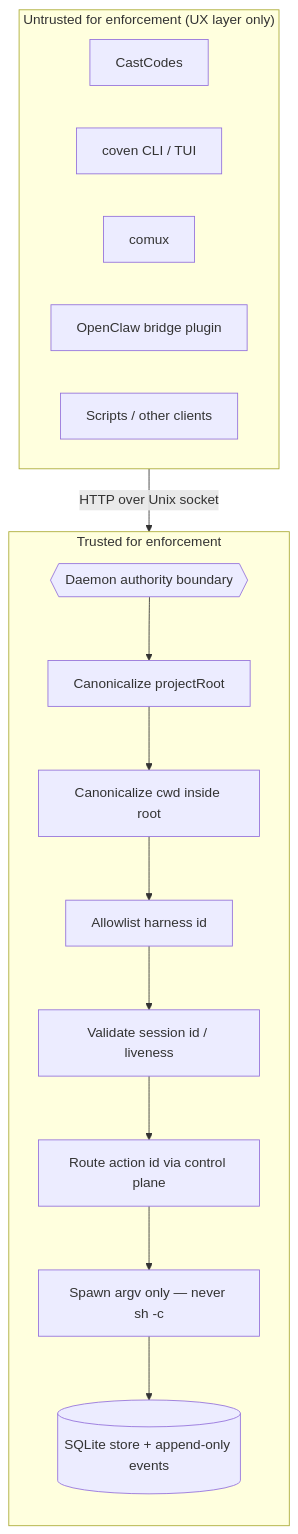
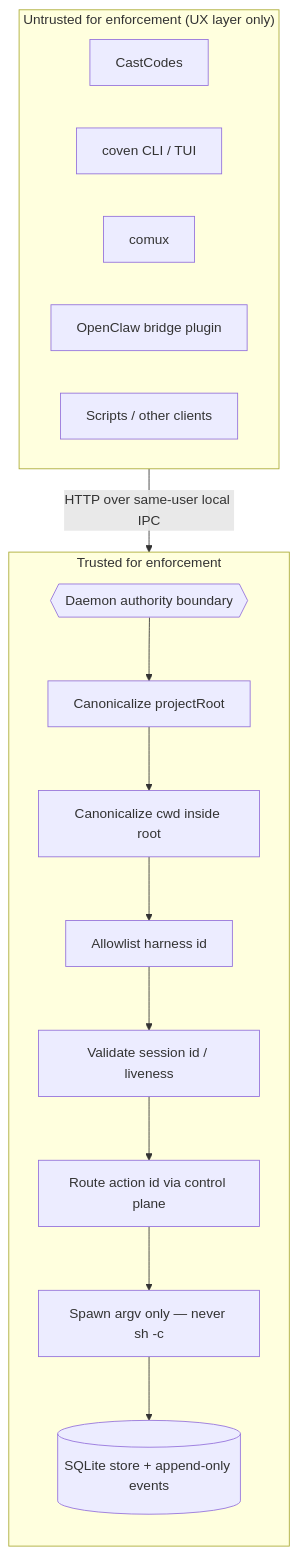
One commit to OpenCoven/coven changed the diagram in docs/SAFETY-MODEL.md. Above: the diagram before and after it, drawn with Mermaid. The commit also changed other lines of this file and 10 other files, not shown here.

Commit message:
docs: align local IPC trust boundaries

````diff
--- a/docs/SAFETY-MODEL.md
+++ b/docs/SAFETY-MODEL.md
@@ -29,24 +29,24 @@
 ```mermaid
 flowchart TB
   subgraph UntrustedZone["Untrusted for enforcement (UX layer only)"]
     direction LR
     CastCodes[CastCodes]
     CLI[coven CLI / TUI]
     Comux[comux]
     Plugin["OpenClaw bridge plugin"]
     Scripts[Scripts / other clients]
   end
 
-  UntrustedZone -->|HTTP over Unix socket| Boundary{{Daemon authority boundary}}
+  UntrustedZone -->|HTTP over same-user local IPC| Boundary{{Daemon authority boundary}}
 
   subgraph TrustedZone["Trusted for enforcement"]
     direction TB
     Boundary --> ValidateRoot[Canonicalize projectRoot]
     ValidateRoot --> ValidateCwd[Canonicalize cwd inside root]
     ValidateCwd --> AllowHarness[Allowlist harness id]
     AllowHarness --> ValidateSession[Validate session id / liveness]
     ValidateSession --> RouteAction[Route action id via control plane]
     RouteAction --> Spawn[Spawn argv only — never sh -c]
     Spawn --> Store[(SQLite store + append-only events)]
   end
 ```
````
